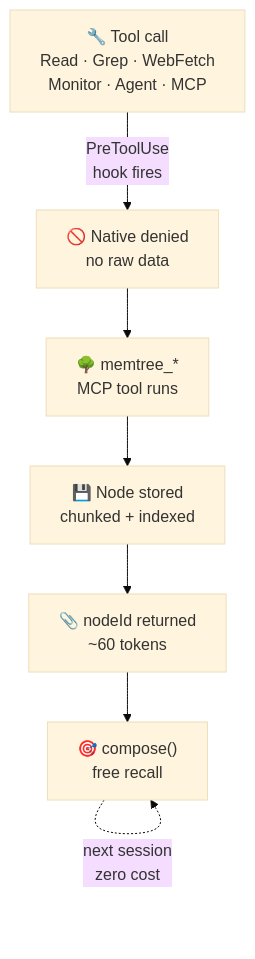
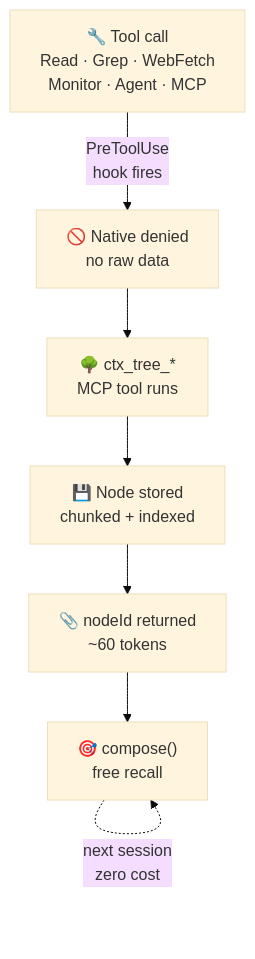
The diagram in README.md (joeblackwaslike/ctx-tree), drawn with Mermaid (base theme) before and after one commit. The commit also changed other lines of this file and 136 other files, not shown here.

First line of the commit message:
rename: memtree → ctx-tree across all packages, tools, and docs

````diff
--- a/README.md
+++ b/README.md
@@ -129,9 +129,9 @@
 ```mermaid
 flowchart TD
     A["🔧 Tool call\nRead · Grep · WebFetch\nMonitor · Agent · MCP"] -->|"PreToolUse\nhook fires"| B["🚫 Native denied\nno raw data"]
-    B --> C["🌳 memtree_*\nMCP tool runs"]
+    B --> C["🌳 ctx_tree_*\nMCP tool runs"]
     C --> D["💾 Node stored\nchunked + indexed"]
     D --> E["📎 nodeId returned\n~60 tokens"]
     E --> F["🎯 compose()\nfree recall"]
     F -.->|"next session\nzero cost"| F
 ```
````
